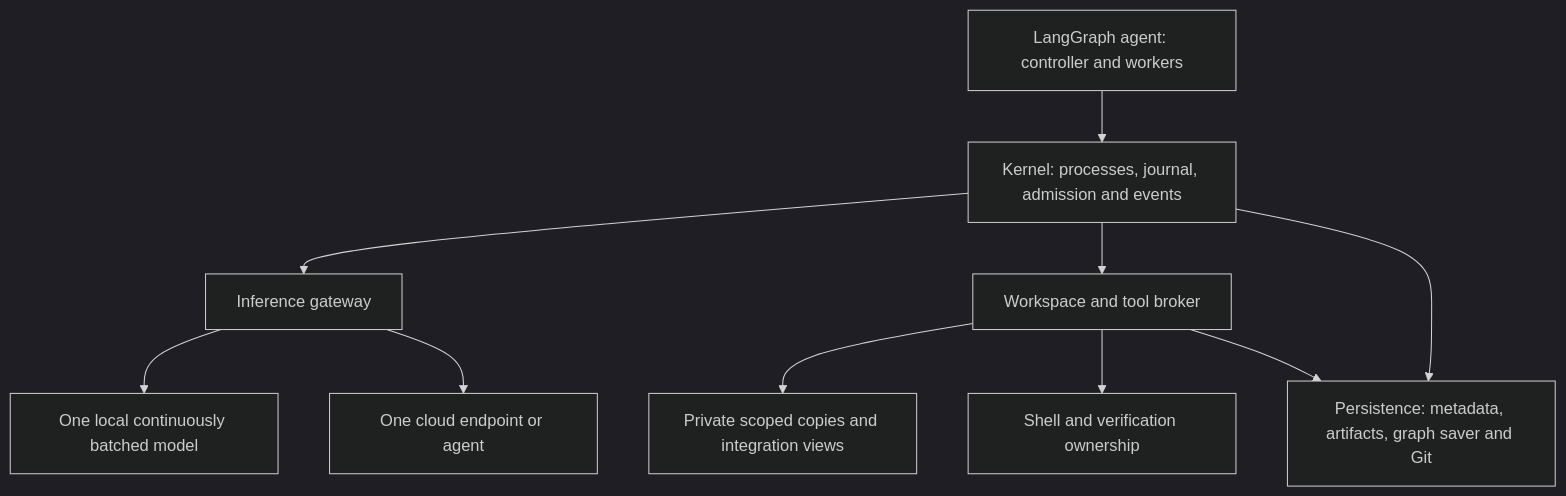
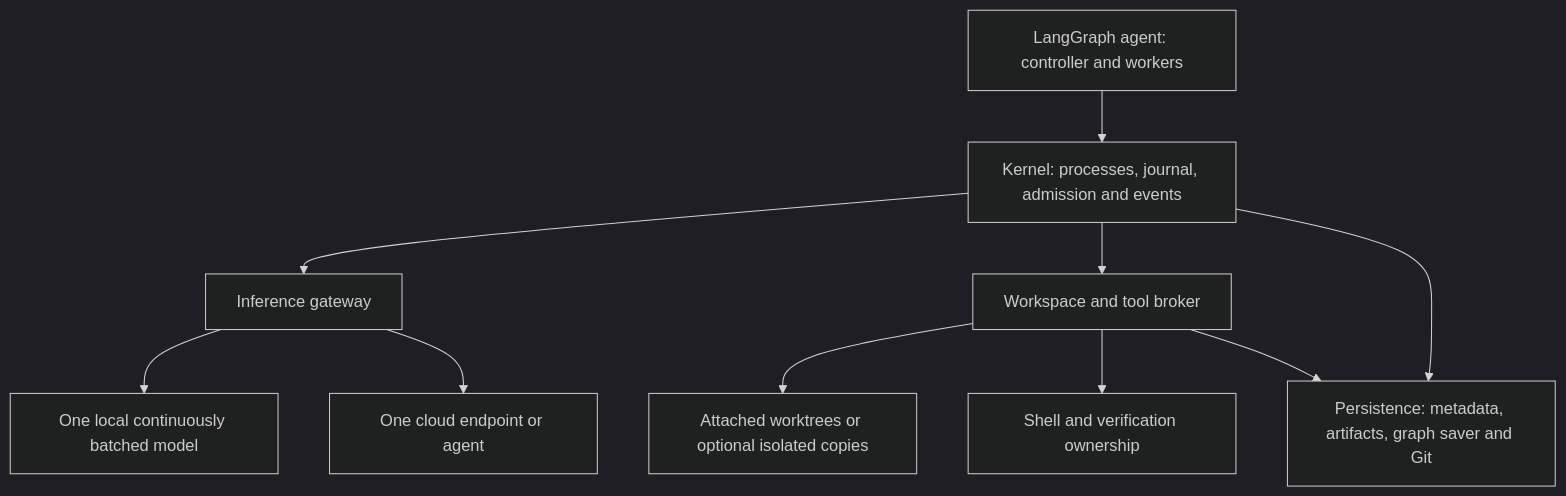
The first of 2 diagrams in design-docs/simplified-os/README.md (demonking-mw/polyinference), drawn with Mermaid (dark theme) before and after one commit. The commit also changed other lines of this file and 189 other files, not shown here.

````diff
--- a/design-docs/simplified-os/README.md
+++ b/design-docs/simplified-os/README.md
@@ -50,12 +91,12 @@
 ```mermaid
 flowchart TB
     A[LangGraph agent: controller and workers] --> K[Kernel: processes, journal, admission and events]
     K --> I[Inference gateway]
     I --> L[One local continuously batched model]
     I --> C[One cloud endpoint or agent]
     K --> W[Workspace and tool broker]
-    W --> D[Private scoped copies and integration views]
+    W --> D[Attached worktrees or optional isolated copies]
     W --> G[Shell and verification ownership]
     K --> P[Persistence: metadata, artifacts, graph saver and Git]
     W --> P
 ```
````
